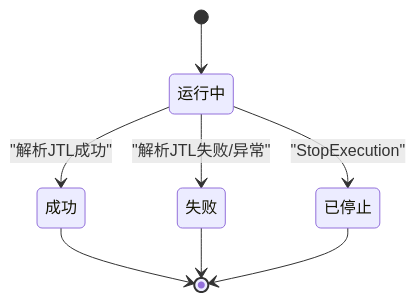
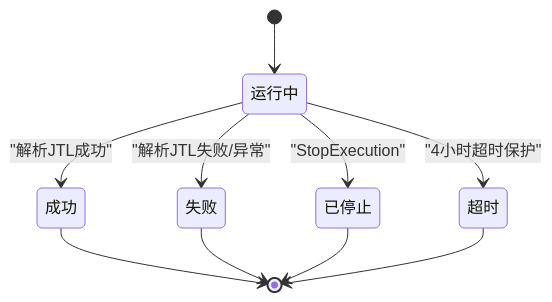
One commit to Liyuhao02/Jmeter-Admin changed the third of 6 diagrams in .qoder/repowiki/zh/content/核心业务模块/执行管理系统/执行数据管理.md. Above: the diagram before and after it, drawn with Mermaid. The commit also changed other lines of this file and 34 other files, not shown here.

````diff
--- a/.qoder/repowiki/zh/content/核心业务模块/执行管理系统/执行数据管理.md
+++ b/.qoder/repowiki/zh/content/核心业务模块/执行管理系统/执行数据管理.md
@@ -174,10 +183,12 @@
 ```mermaid
 stateDiagram-v2
 [*] --> 运行中
 运行中 --> 成功 : "解析JTL成功"
 运行中 --> 失败 : "解析JTL失败/异常"
 运行中 --> 已停止 : "StopExecution"
+运行中 --> 超时 : "4小时超时保护"
 成功 --> [*]
 失败 --> [*]
 已停止 --> [*]
+超时 --> [*]
 ```
````
